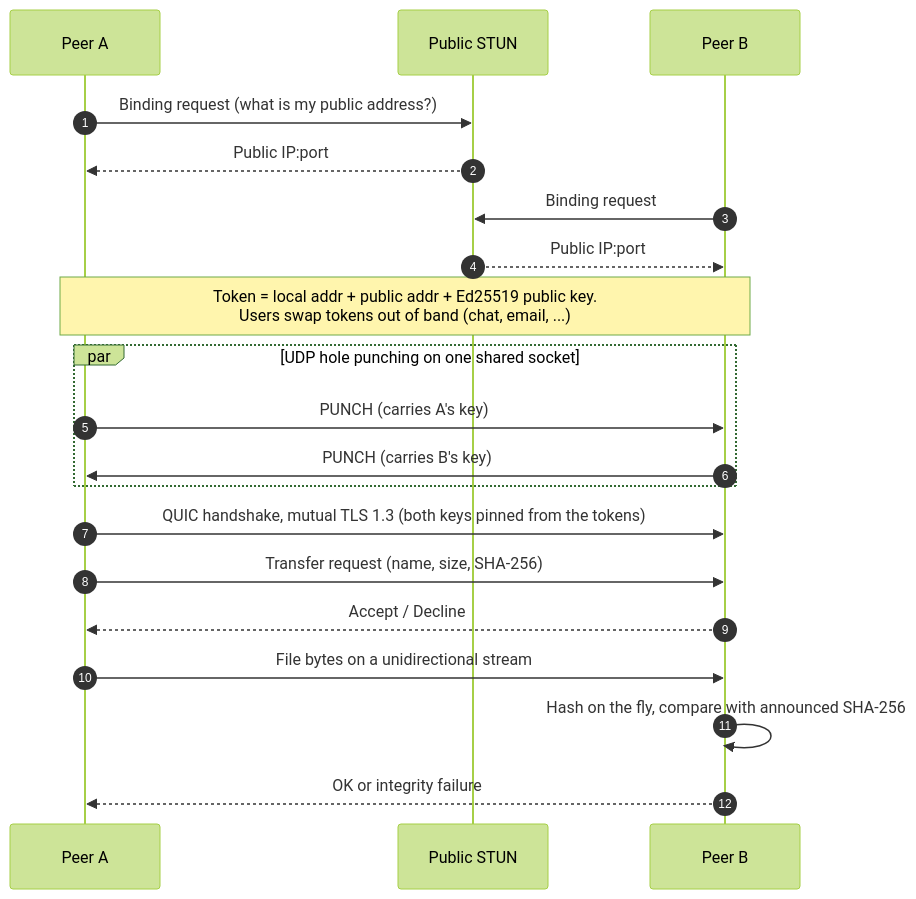
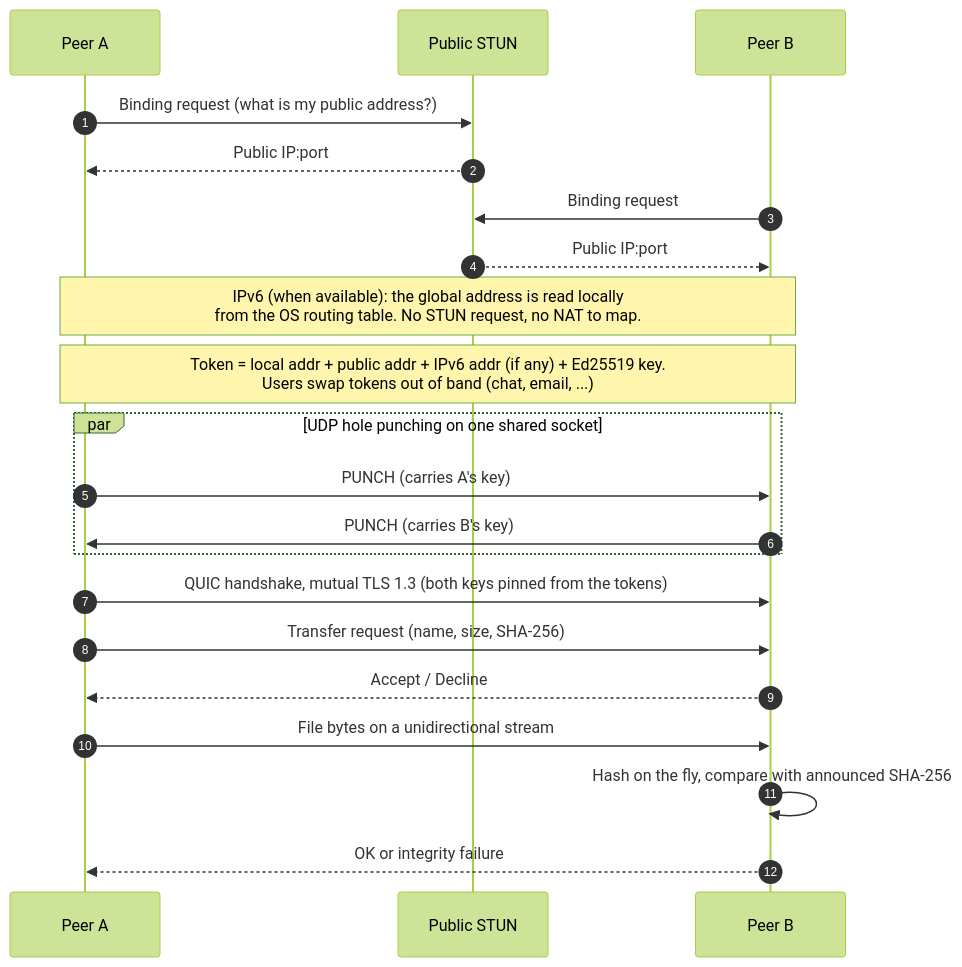
Before and after one commit to bernardo125/File-Transfer-Utility: the diagram in README.md, drawn with Mermaid (forest theme). The commit also changed other lines of this file, not shown here.

Commit message:
docs: explain the IPv6 candidate in How it works

````diff
--- a/README.md
+++ b/README.md
@@ -68,22 +68,23 @@
 ```mermaid
 sequenceDiagram
     autonumber
     participant A as Peer A
     participant S as Public STUN
     participant B as Peer B
     A->>S: Binding request (what is my public address?)
     S-->>A: Public IP:port
     B->>S: Binding request
     S-->>B: Public IP:port
-    Note over A,B: Token = local addr + public addr + Ed25519 public key.<br/>Users swap tokens out of band (chat, email, ...)
+    Note over A,B: IPv6 (when available): the global address is read locally<br/>from the OS routing table. No STUN request, no NAT to map.
+    Note over A,B: Token = local addr + public addr + IPv6 addr (if any) + Ed25519 key.<br/>Users swap tokens out of band (chat, email, ...)
     par UDP hole punching on one shared socket
         A->>B: PUNCH (carries A's key)
         B->>A: PUNCH (carries B's key)
     end
     A->>B: QUIC handshake, mutual TLS 1.3 (both keys pinned from the tokens)
     A->>B: Transfer request (name, size, SHA-256)
     B-->>A: Accept / Decline
     A->>B: File bytes on a unidirectional stream
     B->>B: Hash on the fly, compare with announced SHA-256
     B-->>A: OK or integrity failure
 ```
````
